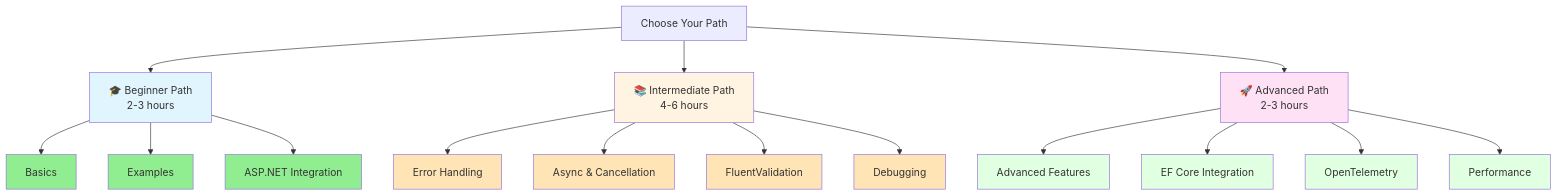
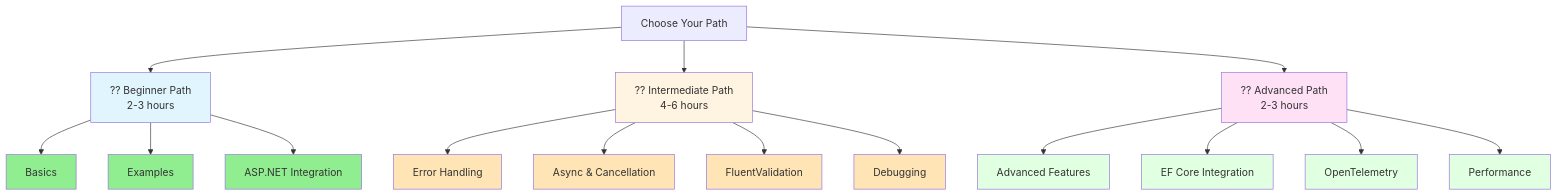
The fourth of 4 diagrams in docs/docfx_project/articles/intro.md (xavierjohn/FunctionalDDD), drawn with Mermaid before and after one commit. The commit also changed other lines of this file and 14 other files, not shown here.

````diff
--- a/docs/docfx_project/articles/intro.md
+++ b/docs/docfx_project/articles/intro.md
@@ -273,40 +284,40 @@
 ```mermaid
 graph TD
     START[Choose Your Path]
     
-    START --> BEG[🎓 Beginner Path<br/>2-3 hours]
-    START --> INT[📚 Intermediate Path<br/>4-6 hours]
-    START --> ADV[🚀 Advanced Path<br/>2-3 hours]
+    START --> BEG[?? Beginner Path<br/>2-3 hours]
+    START --> INT[?? Intermediate Path<br/>4-6 hours]
+    START --> ADV[?? Advanced Path<br/>2-3 hours]
     
     BEG --> B1[Basics]
     BEG --> B2[Examples]
     BEG --> B3[ASP.NET Integration]
     
     INT --> I1[Error Handling]
     INT --> I2[Async & Cancellation]
     INT --> I3[FluentValidation]
     INT --> I4[Debugging]
     
     ADV --> A1[Advanced Features]
     ADV --> A2[EF Core Integration]
     ADV --> A3[OpenTelemetry]
     ADV --> A4[Performance]
     
     style BEG fill:#E1F5FF
     style INT fill:#FFF4E1
     style ADV fill:#FFE1F5
     
     style B1 fill:#90EE90
     style B2 fill:#90EE90
     style B3 fill:#90EE90
     
     style I1 fill:#FFE4B5
     style I2 fill:#FFE4B5
     style I3 fill:#FFE4B5
     style I4 fill:#FFE4B5
     
     style A1 fill:#E1FFE1
     style A2 fill:#E1FFE1
     style A3 fill:#E1FFE1
     style A4 fill:#E1FFE1
 ```
````
